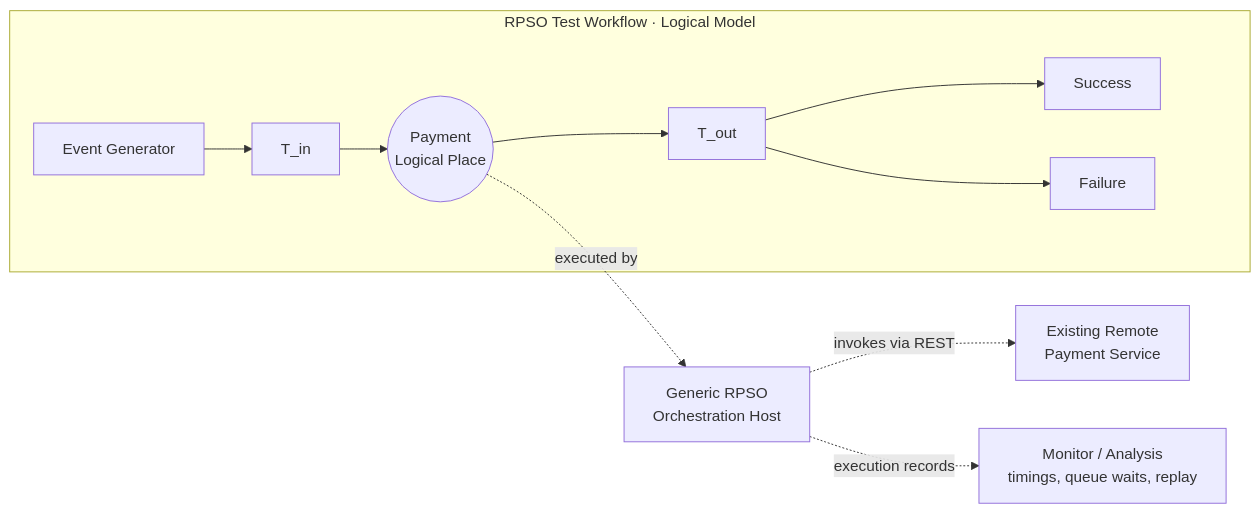
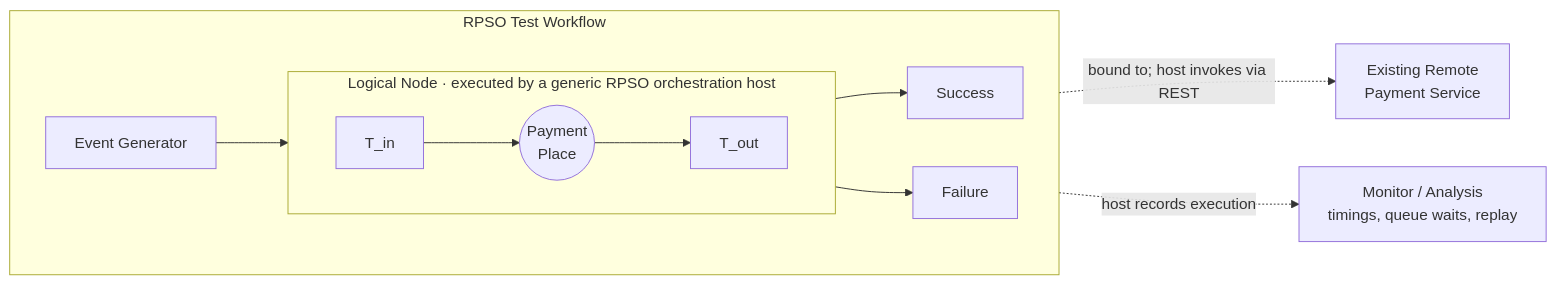
Before and after one commit to AlexanderAdelAU/Rule-Propagated-Service-Orchestration: the diagram in README.md, drawn with Mermaid. The commit also changed other lines of this file, not shown here.

Commit message:
Show generic orchestration host executing complete logical Node

````diff
--- a/README.md
+++ b/README.md
@@ -15,14 +15,17 @@
 ```mermaid
 flowchart LR
-    subgraph RPSO["RPSO Test Workflow · Logical Model"]
-        EG["Event Generator"] --> TI["T_in"]
-        TI --> P(("Payment<br/>Logical Place"))
-        P --> TO["T_out"]
+    subgraph RPSO["RPSO Test Workflow"]
+        direction LR
+        EG["Event Generator"]
+        subgraph NODE["Logical Node · executed by a generic RPSO orchestration host"]
+            direction LR
+            TI["T_in"] --> P(("Payment<br/>Place")) --> TO["T_out"]
+        end
+        EG --> TI
         TO --> OK["Success"]
         TO --> FAIL["Failure"]
     end
 
-    P -. "executed by" .-> HOST["Generic RPSO<br/>Orchestration Host"]
-    HOST -. "invokes via REST" .-> REST["Existing Remote<br/>Payment Service"]
-    HOST -. "execution records" .-> OBS["Monitor / Analysis<br/>timings, queue waits, replay"]
+    P -. "bound to; host invokes via REST" .-> REST["Existing Remote<br/>Payment Service"]
+    NODE -. "host records execution" .-> OBS["Monitor / Analysis<br/>timings, queue waits, replay"]
 ```
````
